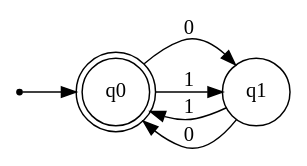
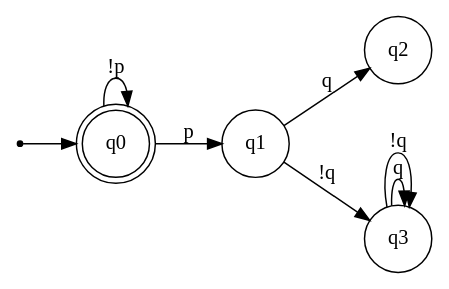
One commit to thomasBren/graphe_Buchi changed the diagram in graphe/graphique/new_graph.dot. Above: the diagram before and after it, drawn with Graphviz. The commit also changed 17 other files, not shown here.

```diff
--- a/graphe/graphique/new_graph.dot
+++ b/graphe/graphique/new_graph.dot
@@ -1,15 +1,17 @@
 digraph finite_state_machine {
     rankdir=LR;
     size="8,5"
 
     node [shape = doublecircle]; q0;
     node [shape = point ]; qi
 
     node [shape = circle];
     qi -> q0;
-    q1 -> q0 [ label = "1" ];
-    q1 -> q0 [ label = "0" ];
-    q0 -> q1 [ label = "0" ];
-    q0 -> q1 [ label = "1" ];
-    
+    q0 -> q0 [ label = "!p" ];
+    q0 -> q1 [ label = "p" ];
+    q1 -> q2 [ label = "q" ];
+    q1 -> q3 [ label = "!q" ];
+    q3 -> q3 [ label = "q" ];
+    q3 -> q3 [ label = "!q" ];
+
 }
```
